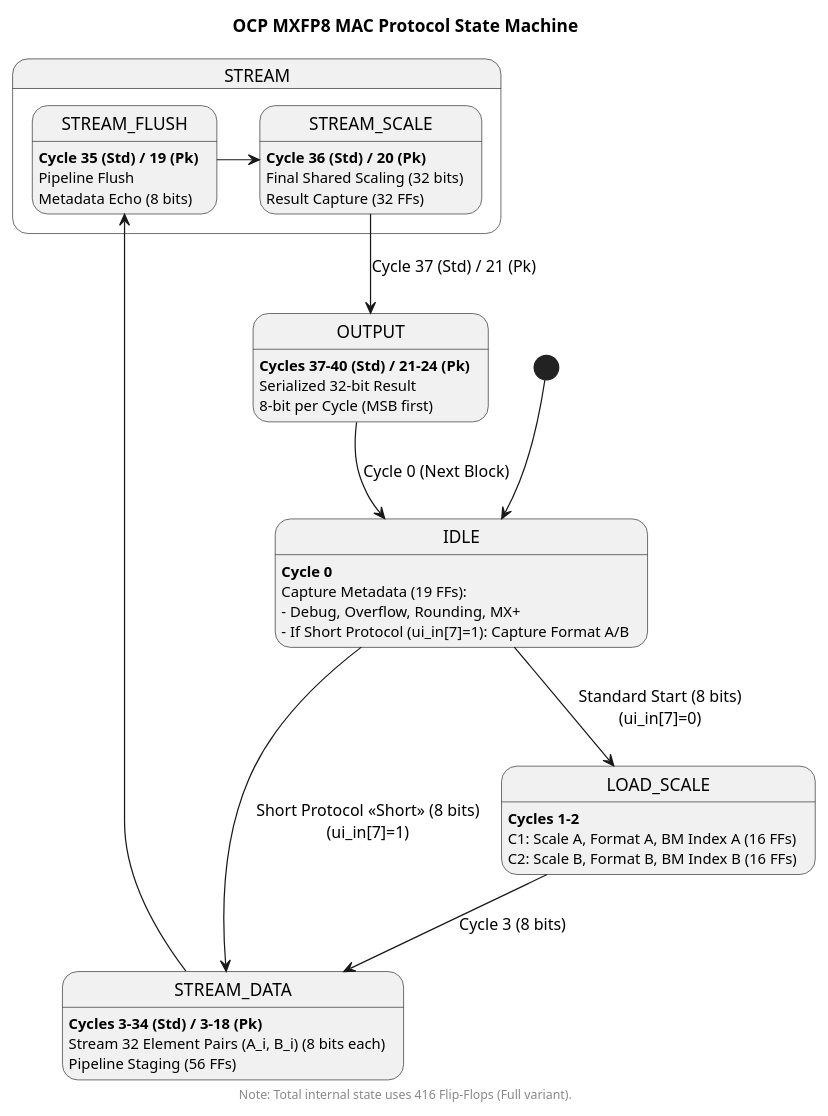
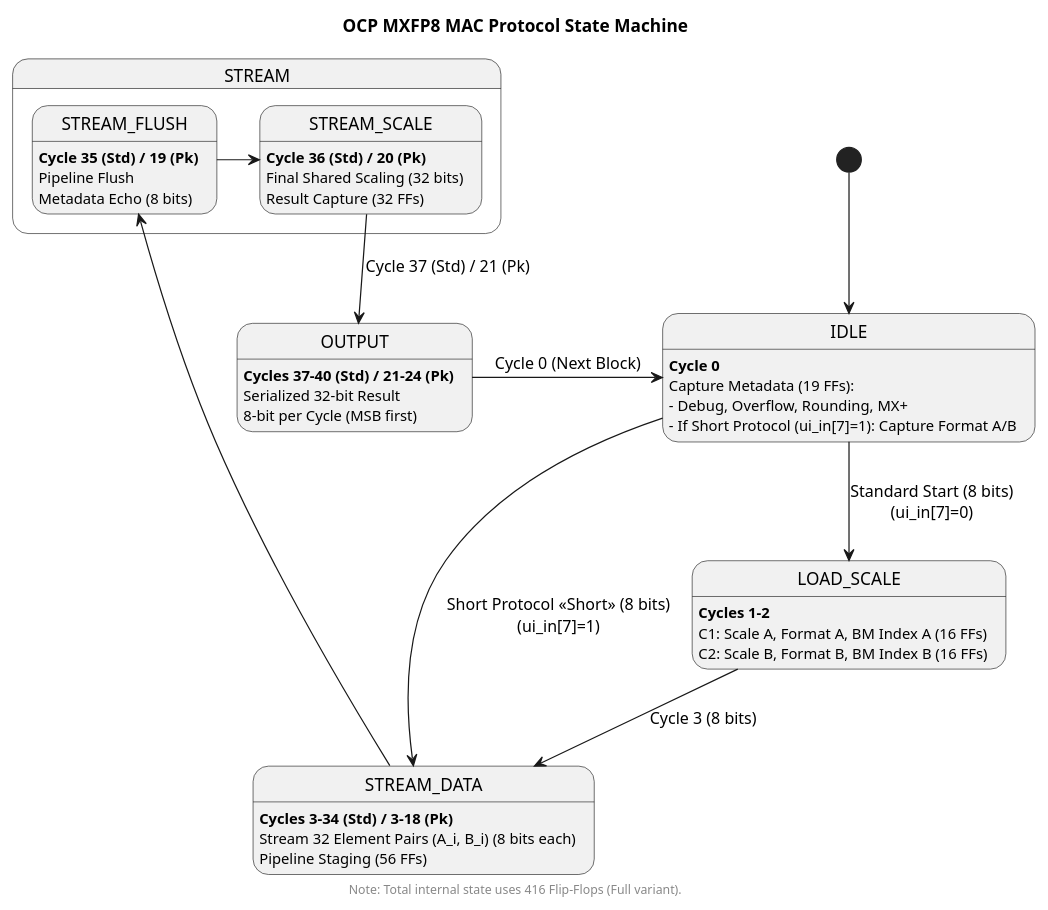
The diagram in docs/diagrams/PROTOCOL_STATES.PUML (chatelao/ttihp-fp8-mul), drawn with PlantUML before and after one commit.

Commit message:
Fix syntax for OUTPUT transition to IDLE

```diff
--- a/docs/diagrams/PROTOCOL_STATES.PUML
+++ b/docs/diagrams/PROTOCOL_STATES.PUML
@@ -1,63 +1,63 @@
 @startuml PROTOCOL_STATES
 title OCP MXFP8 MAC Protocol State Machine
 
 skinparam state {
   BackgroundColor<<Short>> #E1F5FE
   BorderColor<<Short>> #01579B
 }
 
 [*] --> IDLE
 
 state IDLE {
     IDLE : **Cycle 0**
     IDLE : Capture Metadata (19 FFs):
     IDLE : - Debug, Overflow, Rounding, MX+
     IDLE : - If Short Protocol (ui_in[7]=1): Capture Format A/B
 }
 
 IDLE --> LOAD_SCALE : Standard Start (8 bits)\n(ui_in[7]=0)
 IDLE --> STREAM_DATA : Short Protocol <<Short>> (8 bits)\n(ui_in[7]=1)
 
 state LOAD_SCALE {
     LOAD_SCALE : **Cycles 1-2**
     LOAD_SCALE : C1: Scale A, Format A, BM Index A (16 FFs)
     LOAD_SCALE : C2: Scale B, Format B, BM Index B (16 FFs)
 }
 
 LOAD_SCALE --> STREAM_DATA : Cycle 3 (8 bits)
 
 state STREAM {
     state STREAM_DATA {
         STREAM_DATA : **Cycles 3-34 (Std) / 3-18 (Pk)**
         STREAM_DATA : Stream 32 Element Pairs (A_i, B_i) (8 bits each)
         STREAM_DATA : Pipeline Staging (56 FFs)
     }
 
     state STREAM_FLUSH {
         STREAM_FLUSH : **Cycle 35 (Std) / 19 (Pk)**
         STREAM_FLUSH : Pipeline Flush
         STREAM_FLUSH : Metadata Echo (8 bits)
     }
 
     state STREAM_SCALE {
         STREAM_SCALE : **Cycle 36 (Std) / 20 (Pk)**
         STREAM_SCALE : Final Shared Scaling (32 bits)
         STREAM_SCALE : Result Capture (32 FFs)
     }
 
     STREAM_DATA -> STREAM_FLUSH
     STREAM_FLUSH -> STREAM_SCALE
 }
 
 STREAM_SCALE --> OUTPUT : Cycle 37 (Std) / 21 (Pk)
 
 state OUTPUT {
     OUTPUT : **Cycles 37-40 (Std) / 21-24 (Pk)**
     OUTPUT : Serialized 32-bit Result
     OUTPUT : 8-bit per Cycle (MSB first)
 }
 
-OUTPUT --> IDLE : Cycle 0 (Next Block)
+OUTPUT -> IDLE : Cycle 0 (Next Block)
 
 footer Note: Total internal state uses 416 Flip-Flops (Full variant).
 @enduml
```
